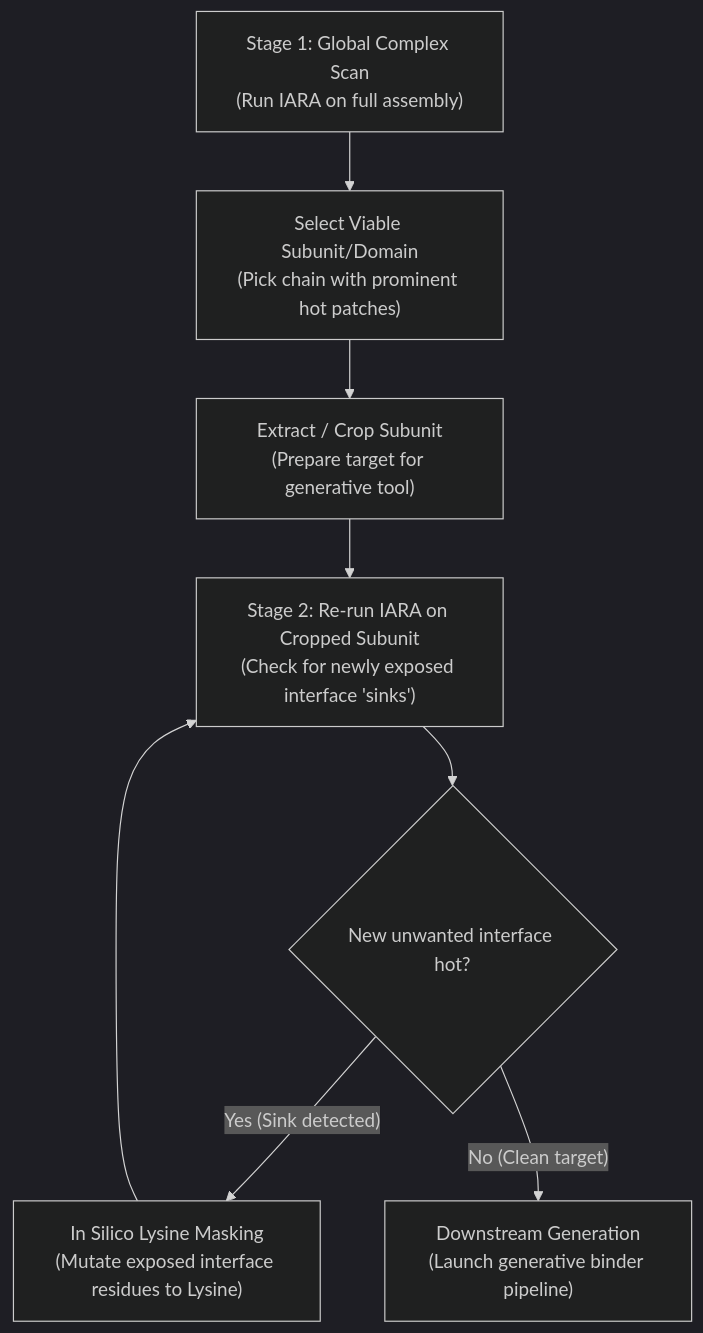
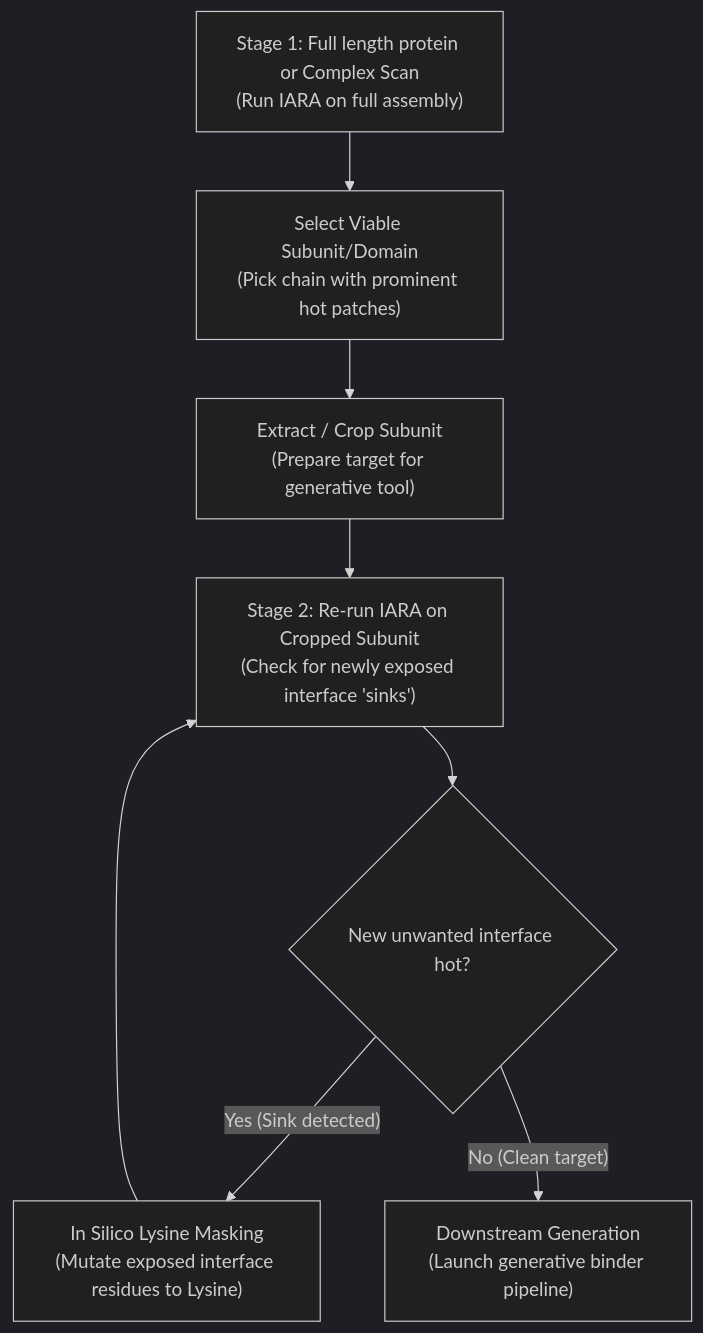
One commit to leodeals/IARA changed the diagram in README.md. Above: the diagram before and after it, drawn with Mermaid (dark theme). The commit also changed other lines of this file, not shown here.

Commit message:
Update two-stage protocol description for IARA usage
Clarified the protocol for using IARA with large proteins or complexes.

````diff
--- a/README.md
+++ b/README.md
@@ -238,10 +238,10 @@
 ```mermaid
 graph TD
-    A["Stage 1: Global Complex Scan<br/>(Run IARA on full assembly)"] --> B["Select Viable Subunit/Domain<br/>(Pick chain with prominent hot patches)"]
+    A["Stage 1: Full length protein or Complex Scan<br/>(Run IARA on full assembly)"] --> B["Select Viable Subunit/Domain<br/>(Pick chain with prominent hot patches)"]
     B --> C["Extract / Crop Subunit<br/>(Prepare target for generative tool)"]
     C --> D["Stage 2: Re-run IARA on Cropped Subunit<br/>(Check for newly exposed interface 'sinks')"]
     D --> E{"New unwanted interface hot?"}
     E -- "Yes (Sink detected)" --> F["In Silico Lysine Masking<br/>(Mutate exposed interface residues to Lysine)"]
     F --> D
     E -- "No (Clean target)" --> G["Downstream Generation<br/>(Launch generative binder pipeline)"]
 ```
````
